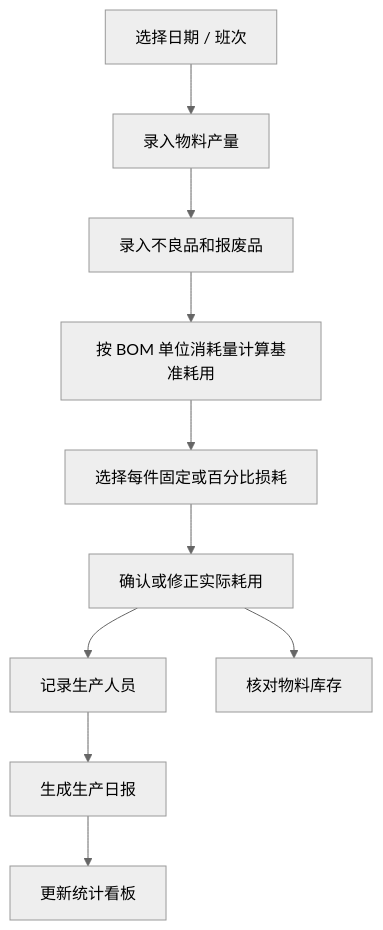
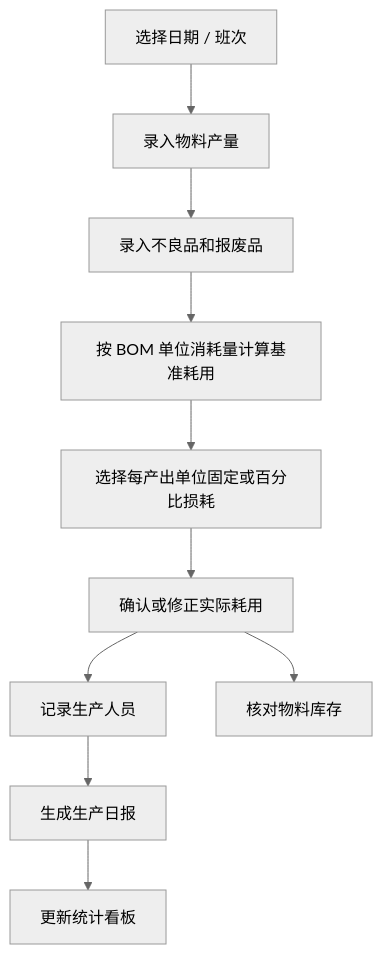
Before and after one commit to goldf2/mes-lite: the ninth of 15 diagrams in docs/minierp/system-function-flow.md, drawn with Mermaid (neutral theme). The commit also changed other lines of this file and 25 other files, not shown here.

````diff
--- a/docs/minierp/system-function-flow.md
+++ b/docs/minierp/system-function-flow.md
@@ -280,12 +280,12 @@
 ```mermaid
 flowchart TD
   A["选择日期 / 班次"] --> B["录入物料产量"]
   B --> C["录入不良品和报废品"]
   C --> D["按 BOM 单位消耗量计算基准耗用"]
-  D --> E["选择每件固定或百分比损耗"]
+  D --> E["选择每产出单位固定或百分比损耗"]
   E --> I["确认或修正实际耗用"]
   I --> J["记录生产人员"]
   J --> F["生成生产日报"]
   F --> G["更新统计看板"]
   I --> H["核对物料库存"]
 ```
````
